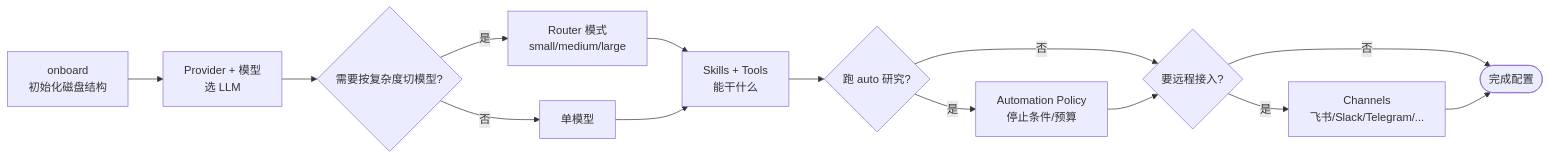
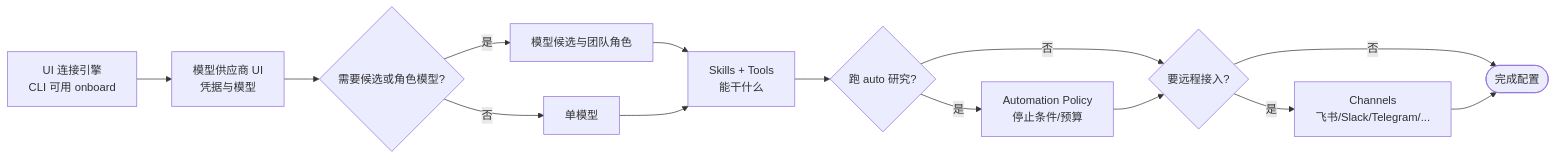
Before and after one commit to MIRA-Intelligence/mira-docs: the diagram in docs/usage/agent-config/README.md, drawn with Mermaid. The commit also changed other lines of this file and 80 other files, not shown here.

````diff
--- a/docs/usage/agent-config/README.md
+++ b/docs/usage/agent-config/README.md
@@ -5,16 +7,16 @@
 ```mermaid
 flowchart LR
-    A[onboard<br/>初始化磁盘结构] --> B[Provider + 模型<br/>选 LLM]
-    B --> C{需要按复杂度切模型?}
-    C -- 是 --> D[Router 模式<br/>small/medium/large]
+    A[UI 连接引擎<br/>CLI 可用 onboard] --> B[模型供应商 UI<br/>凭据与模型]
+    B --> C{需要候选或角色模型?}
+    C -- 是 --> D[模型候选与团队角色]
     C -- 否 --> E[单模型]
     D --> F[Skills + Tools<br/>能干什么]
     E --> F
     F --> G{跑 auto 研究?}
     G -- 是 --> J[Automation Policy<br/>停止条件/预算]
     G -- 否 --> H{要远程接入?}
     J --> H
     H -- 是 --> K[Channels<br/>飞书/Slack/Telegram/...]
     H -- 否 --> I([完成配置])
     K --> I
 ```
````
